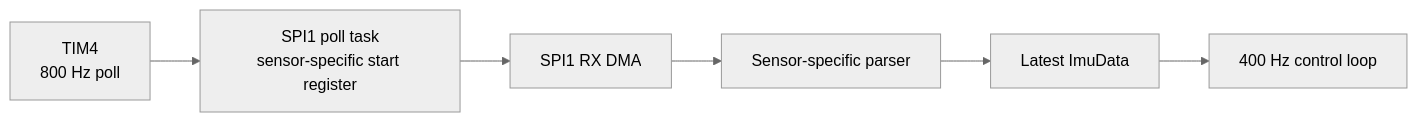
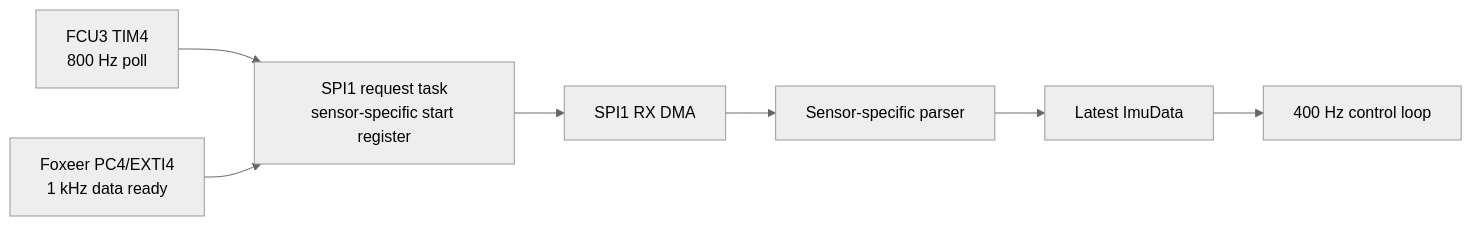
One commit to Eirik2020/ferro-wasp changed the diagram in mdbook/src/imu.md. Above: the diagram before and after it, drawn with Mermaid (neutral theme). The commit also changed other lines of this file and 41 other files, not shown here.

````diff
--- a/mdbook/src/imu.md
+++ b/mdbook/src/imu.md
@@ -50,15 +52,17 @@
 ```mermaid
 flowchart LR
-    timer[TIM4<br/>800 Hz poll]
-    poll[SPI1 poll task<br/>sensor-specific start register]
+    fcu[FCU3 TIM4<br/>800 Hz poll]
+    fox[Foxeer PC4/EXTI4<br/>1 kHz data ready]
+    poll[SPI1 request task<br/>sensor-specific start register]
     dma[SPI1 RX DMA]
     parser[Sensor-specific parser]
     data[Latest ImuData]
     control[400 Hz control loop]
 
-    timer --> poll
+    fcu --> poll
+    fox --> poll
     poll --> dma
     dma --> parser
     parser --> data
     data --> control
 ```
````
